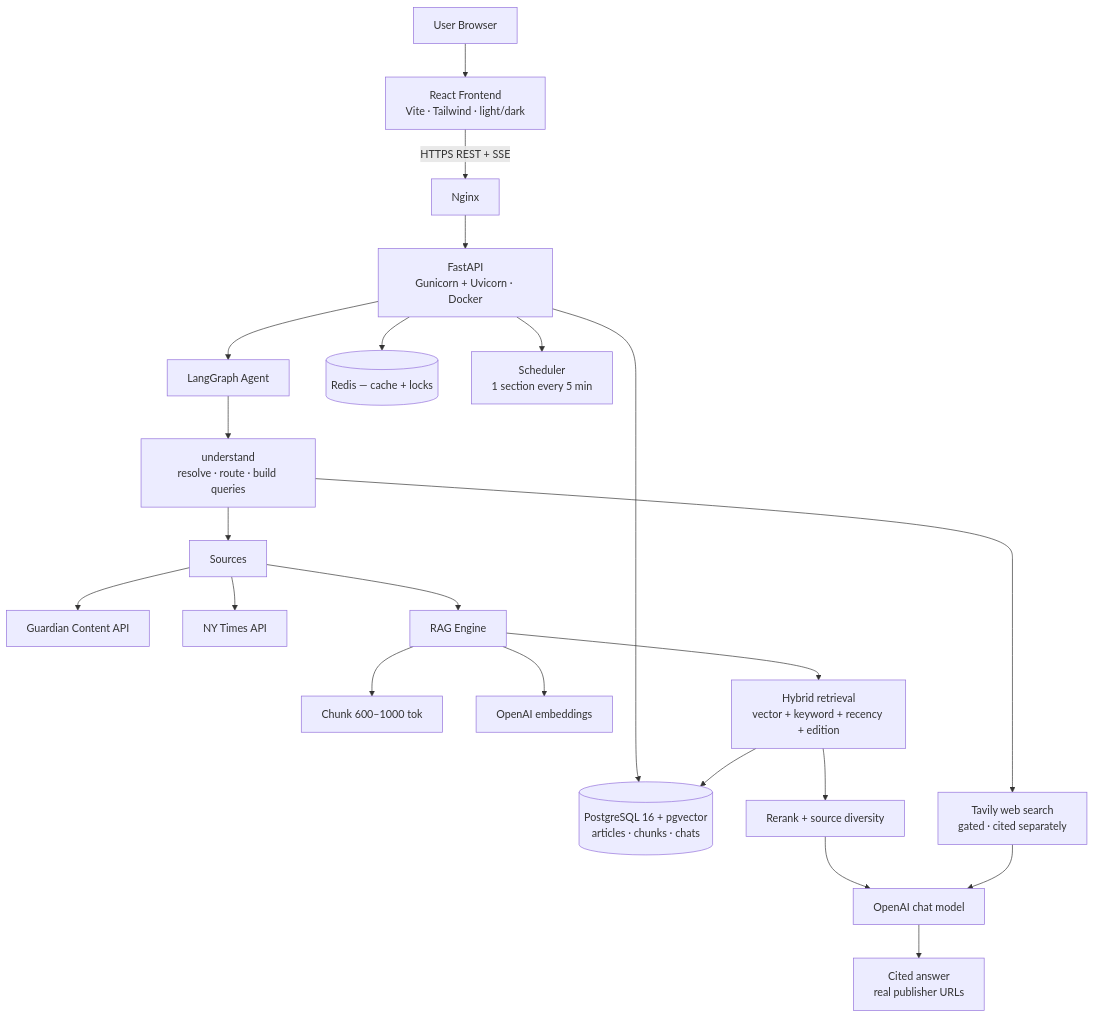
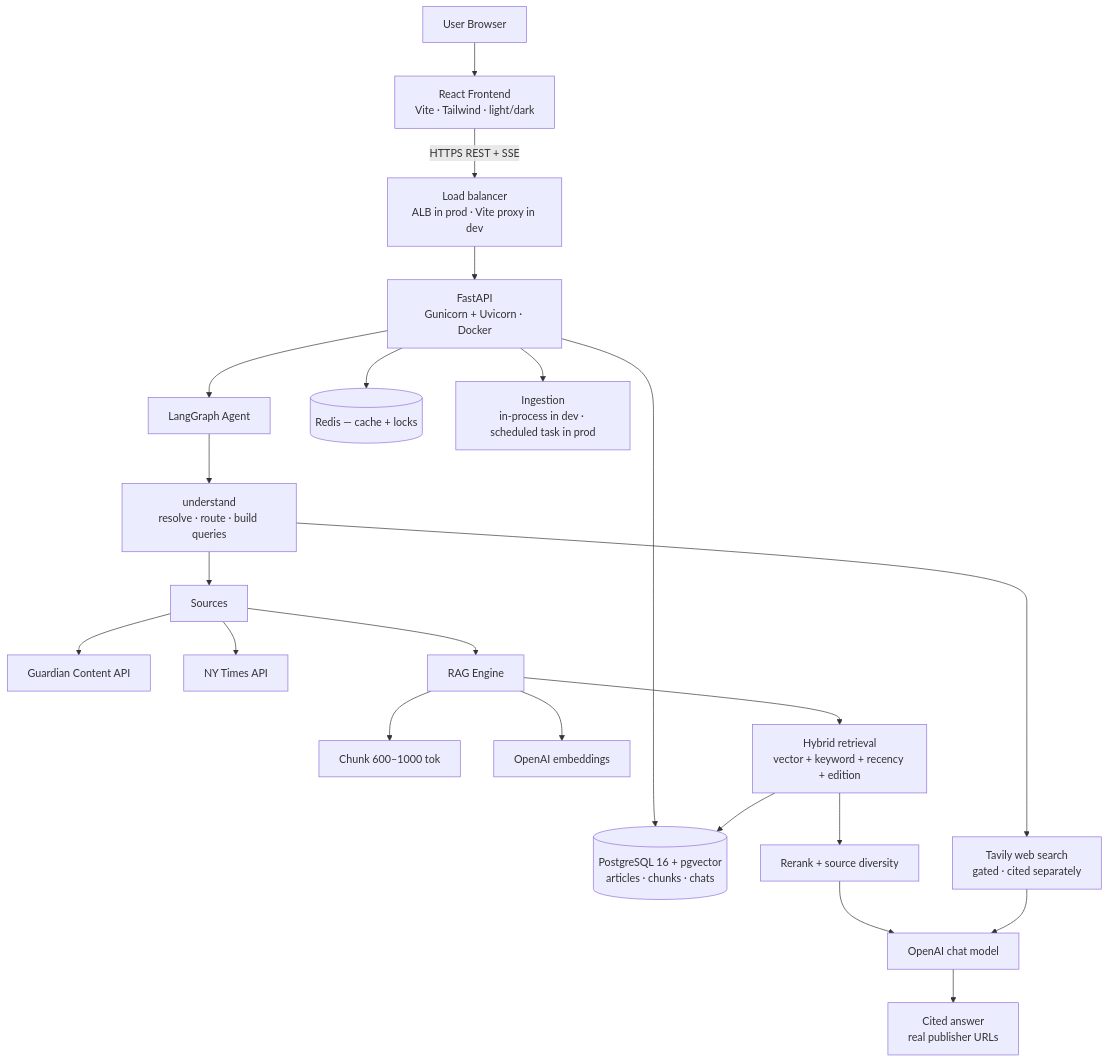
The diagram in README.md (AJKumarReddy/Agentic-News-app), drawn with Mermaid before and after one commit. The commit also changed other lines of this file and 14 other files, not shown here.

````diff
--- a/README.md
+++ b/README.md
@@ -27,27 +27,27 @@
 ```mermaid
 flowchart TB
     U[User Browser] --> F[React Frontend<br/>Vite · Tailwind · light/dark]
-    F -- HTTPS REST + SSE --> N[Nginx]
+    F -- HTTPS REST + SSE --> N[Load balancer<br/>ALB in prod · Vite proxy in dev]
     N --> B[FastAPI<br/>Gunicorn + Uvicorn · Docker]
 
     B --> AG[LangGraph Agent]
     B --> PG[(PostgreSQL 16 + pgvector<br/>articles · chunks · chats)]
     B --> R[(Redis — cache + locks)]
-    B --> SCH[Scheduler<br/>1 section every 5 min]
+    B --> SCH[Ingestion<br/>in-process in dev · scheduled task in prod]
 
     AG --> UN[understand<br/>resolve · route · build queries]
     UN --> SRC[Sources]
     SRC --> G[Guardian Content API]
     SRC --> NY[NY Times API]
     UN --> WEB[Tavily web search<br/>gated · cited separately]
 
     SRC --> RAG[RAG Engine]
     RAG --> CH[Chunk 600–1000 tok]
     RAG --> EM[OpenAI embeddings]
     RAG --> HY[Hybrid retrieval<br/>vector + keyword + recency + edition]
     HY --> PG
     HY --> RR[Rerank + source diversity]
     RR --> LLM[OpenAI chat model]
     WEB --> LLM
     LLM --> C[Cited answer<br/>real publisher URLs]
 ```
````
